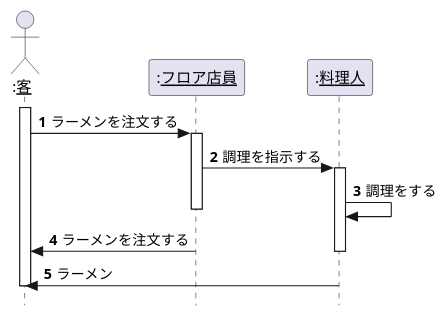
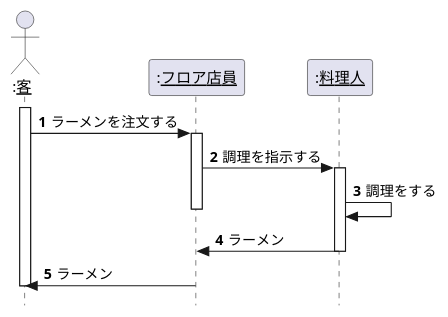
Before and after one commit to nishiyu0919/uml-introduction: the diagram in 演習4-1_SD_ラーメン屋さんでの注文.pu, drawn with PlantUML.

Commit message:
演習4

```diff
--- a/演習4-1_SD_ラーメン屋さんでの注文.pu
+++ b/演習4-1_SD_ラーメン屋さんでの注文.pu
@@ -1,21 +1,21 @@
 @startuml 演習4-1
 hide footbox
  autonumber
 skinparam style strictuml
 
 actor ":<u>客</u>" as custmer
 participant ":<u>フロア店員</u>" as clerk
 participant ":<u>料理人</u>" as cook
 activate custmer
 custmer -> clerk:ラーメンを注文する
 
   activate clerk
   clerk -> cook: 調理を指示する
   activate cook
   cook -> cook:調理をする
   deactivate clerk
-  custmer <- clerk:ラーメンを注文する
+  clerk <- cook:ラーメン
   deactivate cook
-  custmer <- cook:ラーメン
+  custmer <- clerk:ラーメン
 deactivate custmer
 @enduml
```
